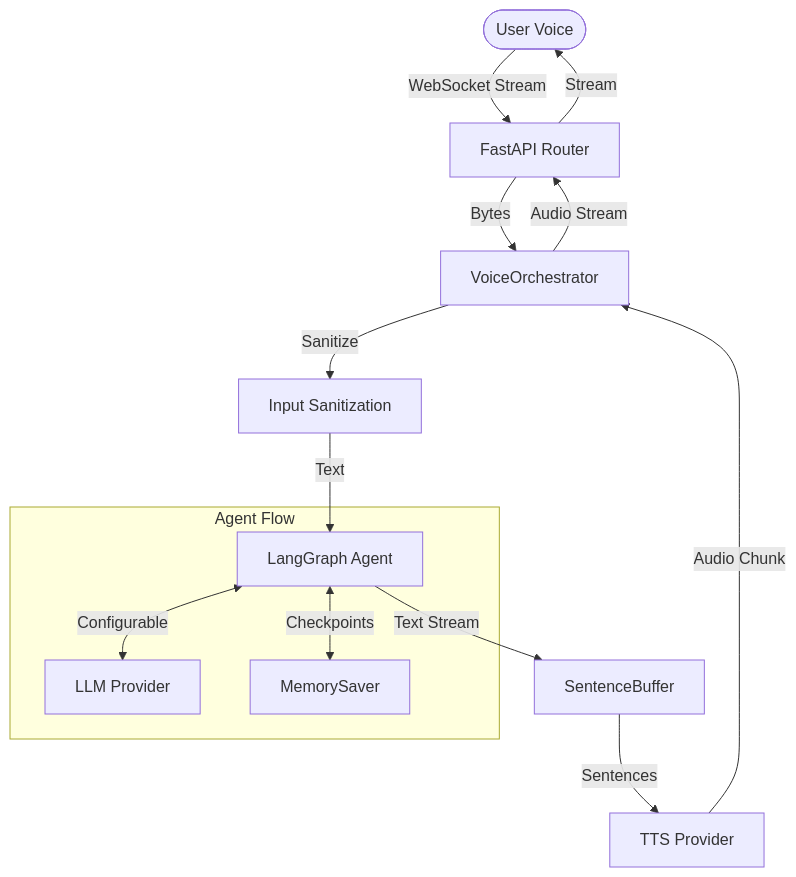
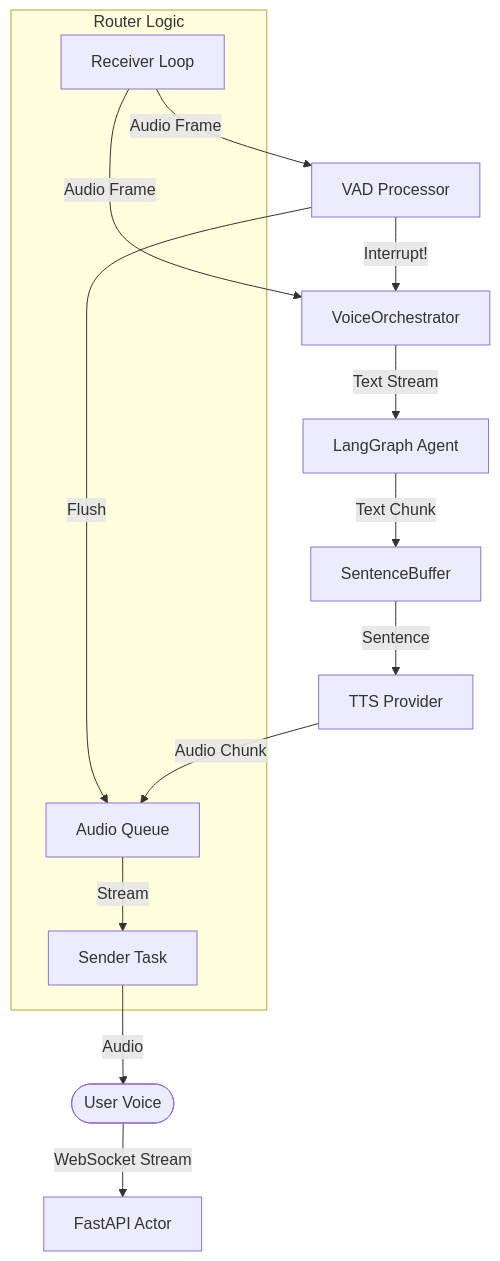
One commit to jhcook/agentic-dev changed the diagram in .agent/docs/backend_voice.md. Above: the diagram before and after it, drawn with Mermaid. The commit also changed other lines of this file and 7 other files, not shown here.

Commit message:
[INFRA-030] feat(voice): implement advanced orchestration with VAD and barge-in interrupts

````diff
--- a/.agent/docs/backend_voice.md
+++ b/.agent/docs/backend_voice.md
@@ -45,20 +20,24 @@
 ```mermaid
 graph TD
-    User([User Voice]) -->|WebSocket Stream| Router[FastAPI Router]
-    Router -->|Bytes| Orchestrator[VoiceOrchestrator]
-    Orchestrator -->|Sanitize| Security[Input Sanitization]
-    Security -->|Text| Agent[LangGraph Agent]
+    User([User Voice]) -->|WebSocket Stream| Router[FastAPI Actor]
     
-    subgraph Agent Flow
-        LLM[LLM Provider]
-        Mem[MemorySaver]
-        Agent <-->|Configurable| LLM
-        Agent <-->|Checkpoints| Mem
+    subgraph Router Logic
+        Receiver[Receiver Loop]
+        Sender[Sender Task]
+        Queue[Audio Queue]
     end
     
-    Agent -->|Text Stream| Buffer[SentenceBuffer]
-    Buffer -->|Sentences| TTS[TTS Provider]
-    TTS -->|Audio Chunk| Orchestrator
-    Orchestrator -->|Audio Stream| Router
-    Router -->|Stream| User
+    Receiver -->|Audio Frame| VAD[VAD Processor]
+    Receiver -->|Audio Frame| Orchestrator[VoiceOrchestrator]
+    
+    VAD --"Interrupt!"--> Orchestrator
+    VAD --"Flush"--> Queue
+    
+    Orchestrator -->|Text Stream| Agent[LangGraph Agent]
+    Agent -->|Text Chunk| Buffer[SentenceBuffer]
+    Buffer -->|Sentence| TTS[TTS Provider]
+    TTS -->|Audio Chunk| Queue
+    
+    Queue -->|Stream| Sender
+    Sender -->|Audio| User
 ```
````
